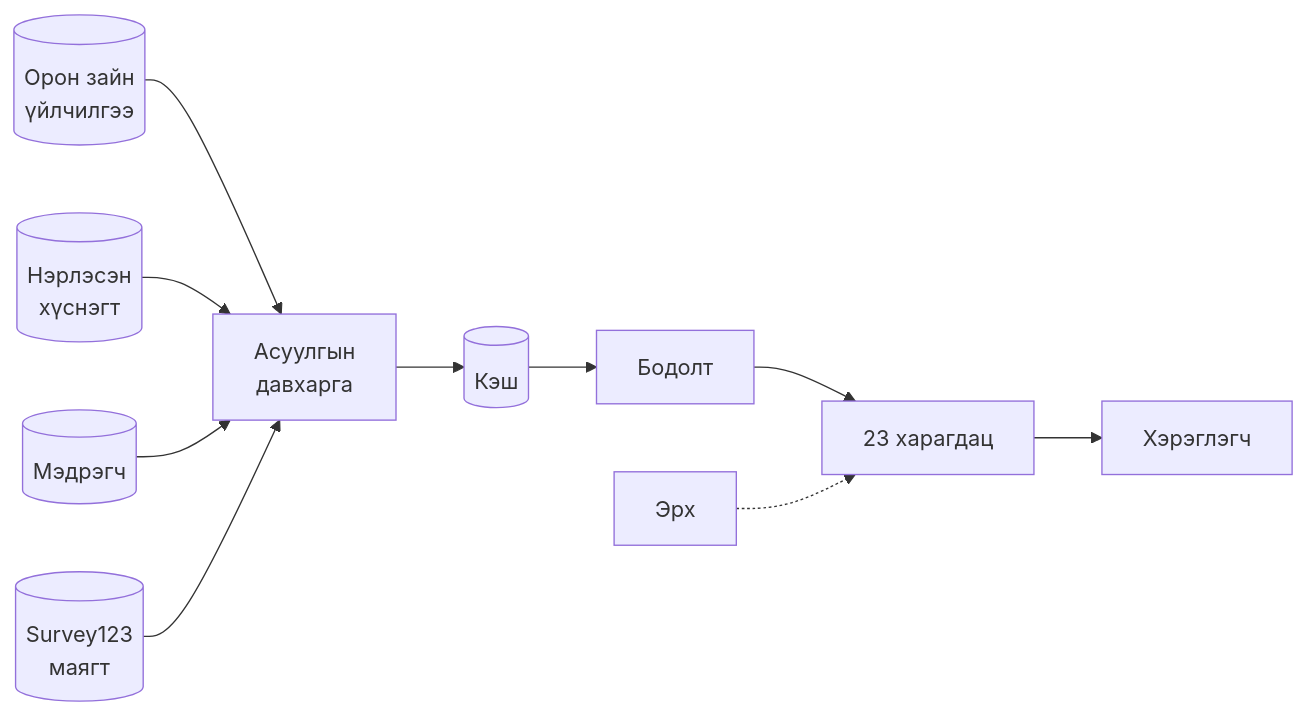
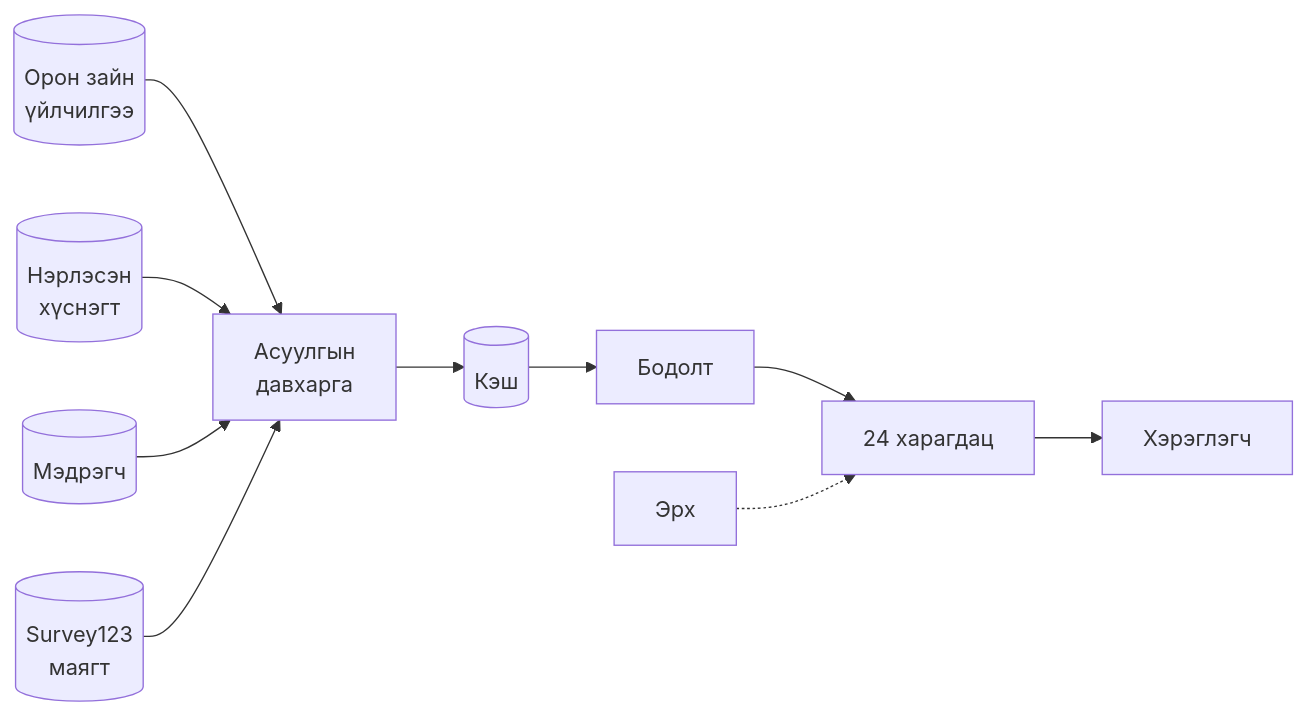
The diagram in docs/SYSTEM.md (monmapgisteam-oss/Selbe_db), drawn with Mermaid before and after one commit. The commit also changed other lines of this file and 22 other files, not shown here.

````diff
--- a/docs/SYSTEM.md
+++ b/docs/SYSTEM.md
@@ -46,12 +46,12 @@
 ```mermaid
 flowchart LR
   SPACE[(Орон зайн<br/>үйлчилгээ)] --> Q[Асуулгын<br/>давхарга]
   TABLE[(Нэрлэсэн<br/>хүснэгт)] --> Q
   IOT[(Мэдрэгч)] --> Q
   FORM[(Survey123<br/>маягт)] --> Q
   Q --> CACHE[(Кэш)]
   CACHE --> CALC[Бодолт]
-  CALC --> VIEW[23 харагдац]
+  CALC --> VIEW[24 харагдац]
   VIEW --> USER[Хэрэглэгч]
   ACL[Эрх] -.-> VIEW
 ```
````
